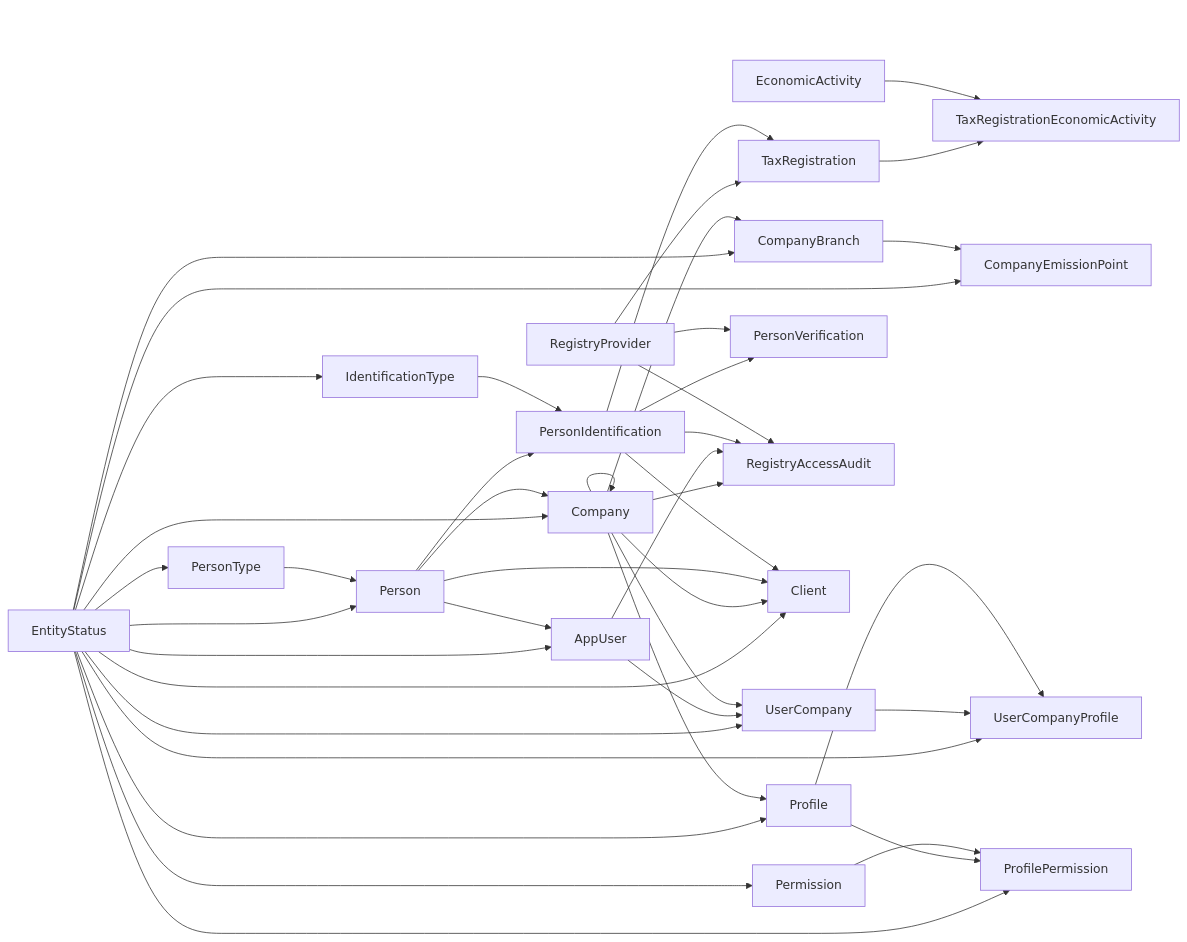
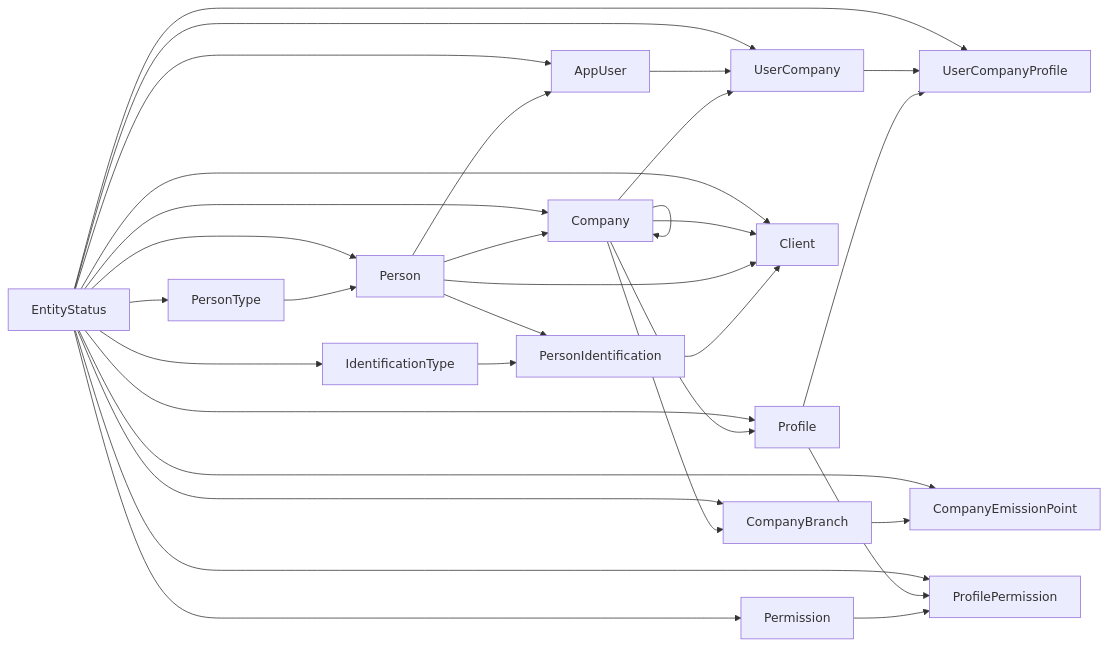
Before and after one commit to aguachis/Nicole-DB: the diagram in database/docs/db/ER_DIAGRAM.md, drawn with Mermaid. The commit also changed other lines of this file and 33 other files, not shown here.

````diff
--- a/database/docs/db/ER_DIAGRAM.md
+++ b/database/docs/db/ER_DIAGRAM.md
@@ -5,68 +3,50 @@
 ```mermaid
 flowchart LR
     Status[EntityStatus]
     IdType[IdentificationType]
     PersonType[PersonType]
     Person[Person]
+    PersonId[PersonIdentification]
     Company[Company]
     Branch[CompanyBranch]
     Emission[CompanyEmissionPoint]
     User[AppUser]
     Profile[Profile]
     Permission[Permission]
     ProfilePermission[ProfilePermission]
     UserCompany[UserCompany]
     UserCompanyProfile[UserCompanyProfile]
-    Provider[RegistryProvider]
-    PersonId[PersonIdentification]
-    Tax[TaxRegistration]
-    Activity[EconomicActivity]
-    TaxActivity[TaxRegistrationEconomicActivity]
-    Verification[PersonVerification]
-    Audit[RegistryAccessAudit]
     Client[Client]
 
     Status --> IdType
     Status --> PersonType
     Status --> Person
     Status --> Company
     Status --> Branch
     Status --> Emission
     Status --> User
     Status --> Profile
     Status --> Permission
     Status --> ProfilePermission
     Status --> UserCompany
     Status --> UserCompanyProfile
     Status --> Client
 
     PersonType --> Person
+    Person --> PersonId
+    IdType --> PersonId
     Person --> User
     Person --> Company
     Company --> Company
     Company --> Branch --> Emission
     Company --> Profile
     User --> UserCompany
     Company --> UserCompany
     UserCompany --> UserCompanyProfile
     Profile --> UserCompanyProfile
     Profile --> ProfilePermission
     Permission --> ProfilePermission
-
-    Person --> PersonId
-    IdType --> PersonId
-    Provider --> Tax
-    PersonId --> Tax
-    Tax --> TaxActivity
-    Activity --> TaxActivity
-    PersonId --> Verification
-    Provider --> Verification
-
     Company --> Client
     Person --> Client
     PersonId --> Client
-    Company --> Audit
-    User --> Audit
-    PersonId --> Audit
-    Provider --> Audit
 ```
````
